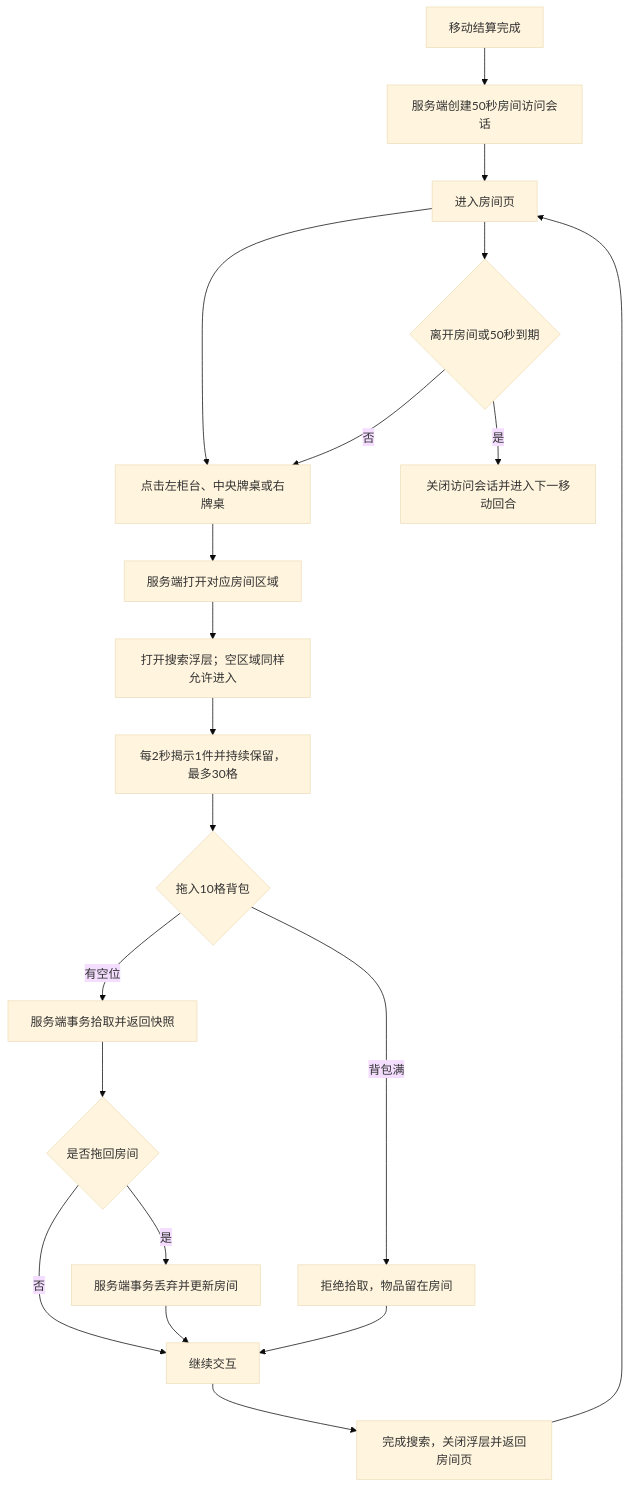
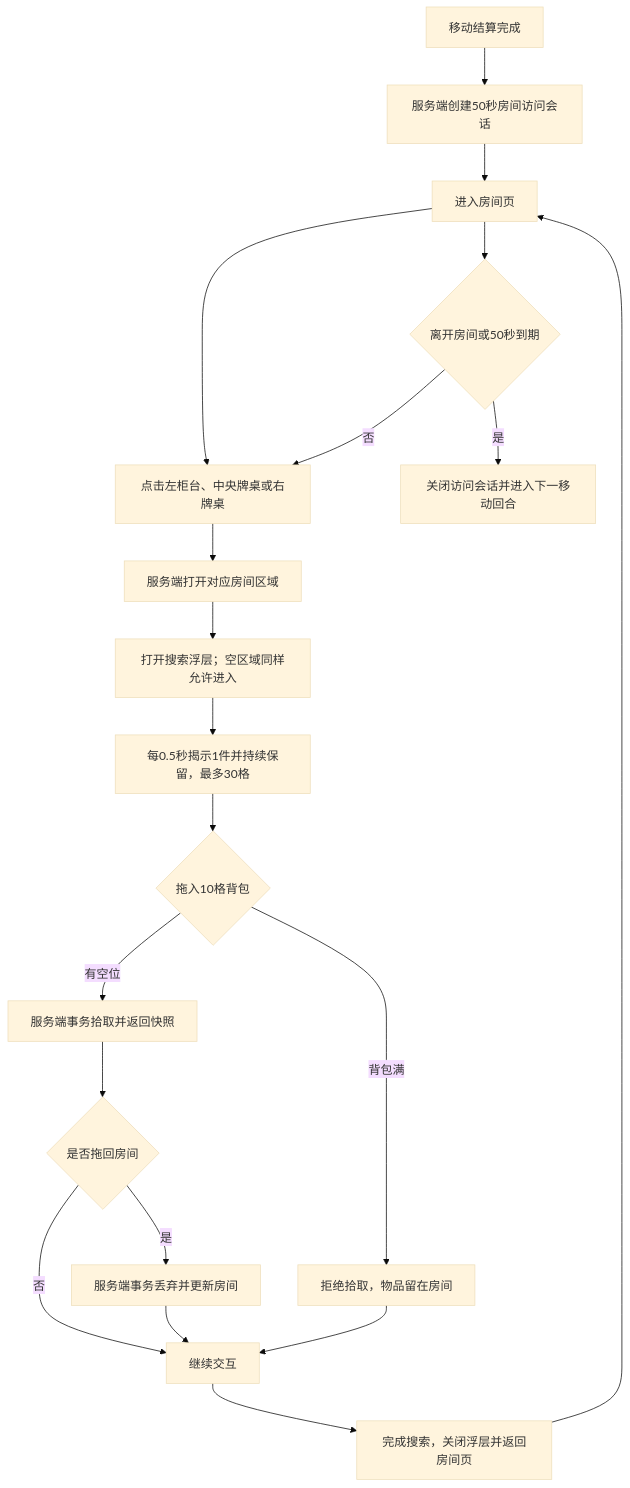
The eighth of 10 diagrams in docs/游戏产品流程图.md (Yeungsam/heisino-game), drawn with Mermaid (base theme) before and after one commit. The commit also changed other lines of this file and 13 other files, not shown here.

````diff
--- a/docs/游戏产品流程图.md
+++ b/docs/游戏产品流程图.md
@@ -291,22 +291,22 @@
 ```mermaid
 flowchart TD
     A["移动结算完成"] --> B["服务端创建50秒房间访问会话"]
     B --> C["进入房间页"]
     C --> D["点击左柜台、中央牌桌或右牌桌"]
     D --> E["服务端打开对应房间区域"]
     E --> G["打开搜索浮层；空区域同样允许进入"]
-    G --> H["每2秒揭示1件并持续保留，最多30格"]
+    G --> H["每0.5秒揭示1件并持续保留，最多30格"]
     H --> I{"拖入10格背包"}
     I -- "有空位" --> J["服务端事务拾取并返回快照"]
     I -- "背包满" --> K["拒绝拾取，物品留在房间"]
     J --> L{"是否拖回房间"}
     L -- "是" --> M["服务端事务丢弃并更新房间"]
     L -- "否" --> N["继续交互"]
     M --> N
     K --> N
     N --> O["完成搜索，关闭浮层并返回房间页"]
     O --> C
     C --> P{"离开房间或50秒到期"}
     P -- "否" --> D
     P -- "是" --> Q["关闭访问会话并进入下一移动回合"]
 ```
````
